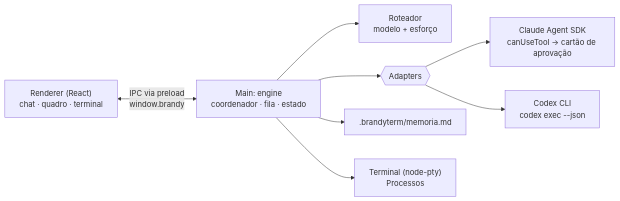
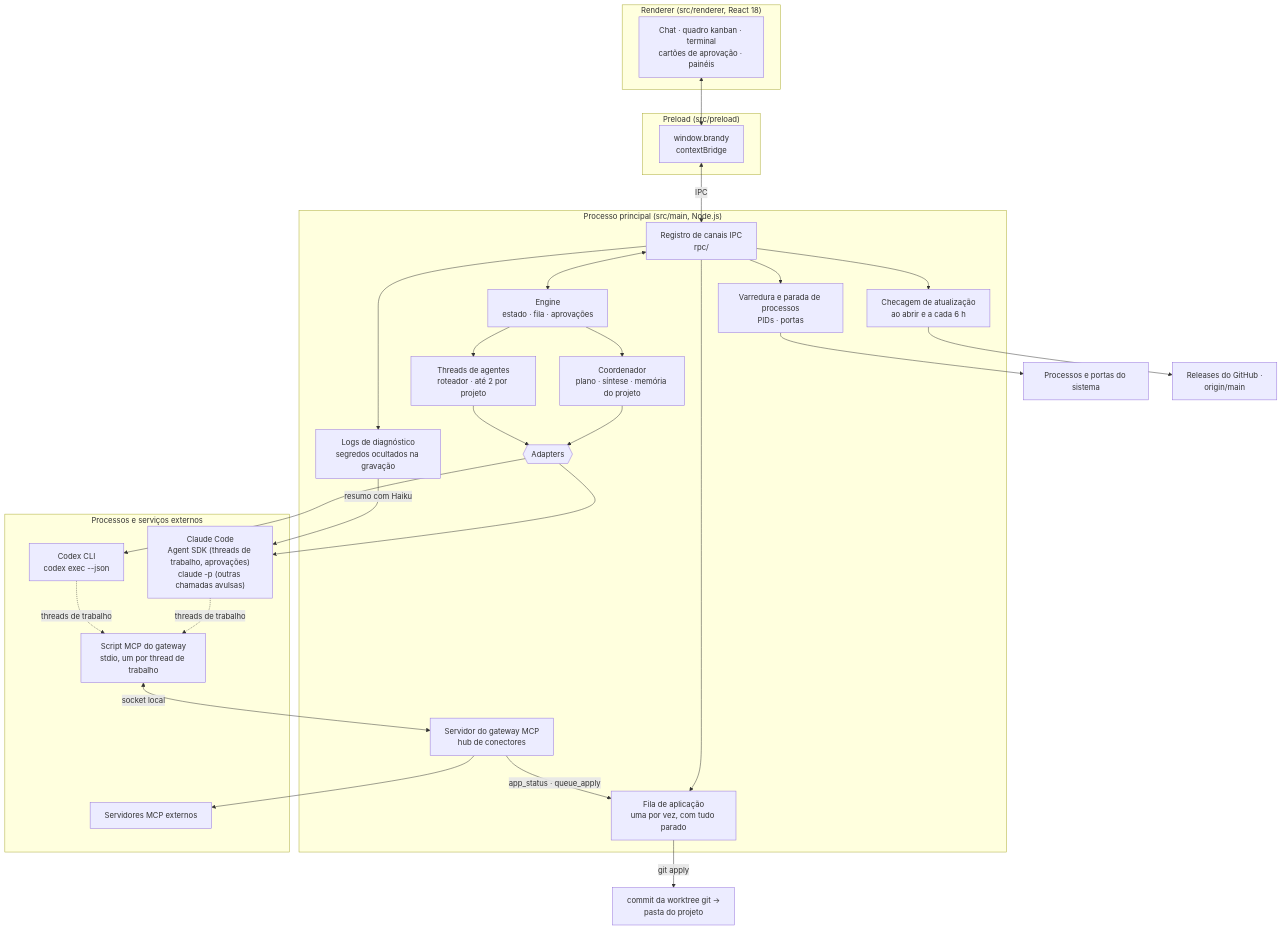
One commit to ebrandes/brandyTerm changed the diagram in README.pt-BR.md. Above: the diagram before and after it, drawn with Mermaid. The commit also changed other lines of this file and 2 other files, not shown here.

Commit message:
docs: expand architecture diagram, update roadmap and requirements
Document the apply queue's automatic apply, the MCP gateway and the
Codex 0.171.0 requirement in both READMEs.

````diff
--- a/README.pt-BR.md
+++ b/README.pt-BR.md
@@ -218,10 +219,49 @@
 ```mermaid
-flowchart LR
-  UI["Renderer (React)<br/>chat · quadro · terminal"] <-->|"IPC via preload<br/>window.brandy"| E["Main: engine<br/>coordenador · fila · estado"]
-  E --> R["Roteador<br/>modelo + esforço"]
-  E --> A{{Adapters}}
-  A --> C["Claude Agent SDK<br/>canUseTool → cartão de aprovação"]
-  A --> X["Codex CLI<br/>codex exec --json"]
-  E --> M[".brandyterm/memoria.md"]
-  E --> P["Terminal (node-pty)<br/>Processos"]
+flowchart TB
+  subgraph R["Renderer (src/renderer, React 18)"]
+    UI["Chat · quadro kanban · terminal<br/>cartões de aprovação · painéis"]
+  end
+  subgraph PL["Preload (src/preload)"]
+    API["window.brandy<br/>contextBridge"]
+  end
+  subgraph M["Processo principal (src/main, Node.js)"]
+    IPC["Registro de canais IPC<br/>rpc/"]
+    ENG["Engine<br/>estado · fila · aprovações"]
+    CO["Coordenador<br/>plano · síntese · memória do projeto"]
+    TH["Threads de agentes<br/>roteador · até 2 por projeto"]
+    AD{{"Adapters"}}
+    GW["Servidor do gateway MCP<br/>hub de conectores"]
+    AQ["Fila de aplicação<br/>uma por vez, com tudo parado"]
+    PS["Varredura e parada de processos<br/>PIDs · portas"]
+    LG["Logs de diagnóstico<br/>segredos ocultados na gravação"]
+    UP["Checagem de atualização<br/>ao abrir e a cada 6 h"]
+  end
+  subgraph EXT["Processos e serviços externos"]
+    CL["Claude Code<br/>Agent SDK (threads de trabalho, aprovações)<br/>claude -p (outras chamadas avulsas)"]
+    CX["Codex CLI<br/>codex exec --json"]
+    BR["Script MCP do gateway<br/>stdio, um por thread de trabalho"]
+    MCP["Servidores MCP externos"]
+  end
+  UI <--> API
+  API <-->|IPC| IPC
+  IPC <--> ENG
+  IPC --> AQ
+  IPC --> PS
+  IPC --> LG
+  IPC --> UP
+  ENG --> CO
+  ENG --> TH
+  CO --> AD
+  TH --> AD
+  AD --> CL
+  AD --> CX
+  CL -.->|"threads de trabalho"| BR
+  CX -.->|"threads de trabalho"| BR
+  BR <-->|"socket local"| GW
+  GW --> MCP
+  GW -->|"app_status · queue_apply"| AQ
+  AQ -->|"git apply"| WT["commit da worktree git →<br/>pasta do projeto"]
+  PS --> OS["Processos e portas do sistema"]
+  LG -->|"resumo com Haiku"| CL
+  UP --> GH["Releases do GitHub ·<br/>origin/main"]
 ```
````
